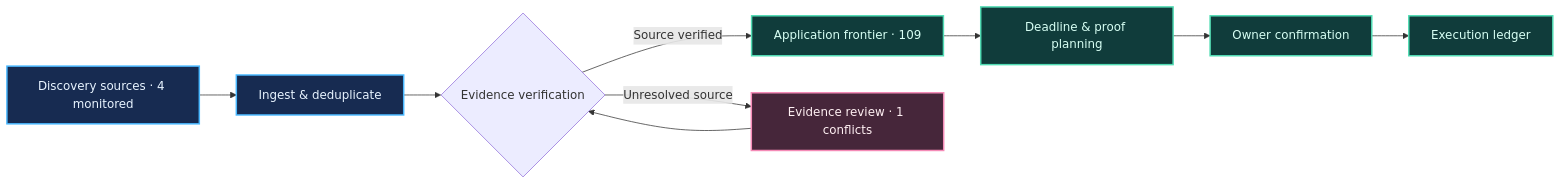
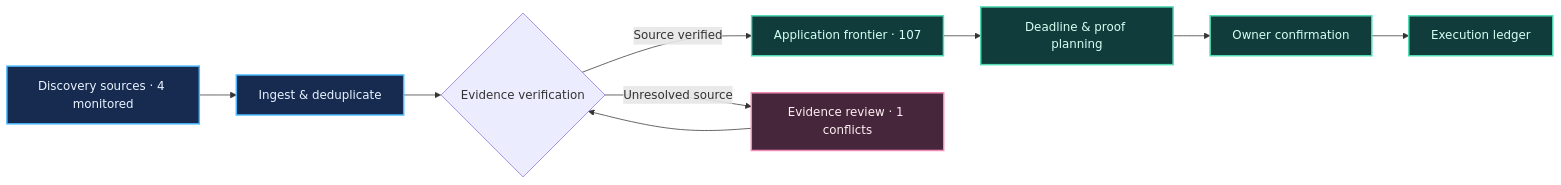
One commit to Armanasq/phd_tracker changed the diagram in docs/diagrams/pipeline.mmd. Above: the diagram before and after it, drawn with Mermaid. The commit also changed 40 other files, not shown here.

```diff
--- a/docs/diagrams/pipeline.mmd
+++ b/docs/diagrams/pipeline.mmd
@@ -1,15 +1,15 @@
 flowchart LR
     A["Discovery sources · 4 monitored"] --> B["Ingest & deduplicate"]
     B --> C{"Evidence verification"}
-    C -->|"Source verified"| D["Application frontier · 109"]
+    C -->|"Source verified"| D["Application frontier · 107"]
     C -->|"Unresolved source"| E["Evidence review · 1 conflicts"]
     E --> C
     D --> F["Deadline & proof planning"]
     F --> G["Owner confirmation"]
     G --> H["Execution ledger"]
     classDef source fill:#172b51,color:#e8f4ff,stroke:#49b8ff,stroke-width:2px
     classDef verified fill:#103c3b,color:#d7fff4,stroke:#51dcb4,stroke-width:2px
     classDef attention fill:#46263a,color:#fff0f3,stroke:#f58bb7,stroke-width:2px
     class A,B source
     class D,F,G,H verified
     class E attention
```
